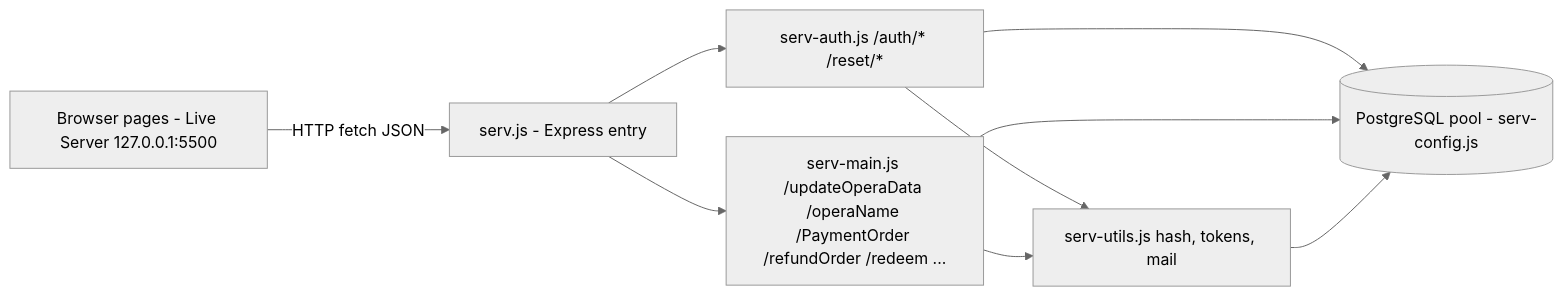
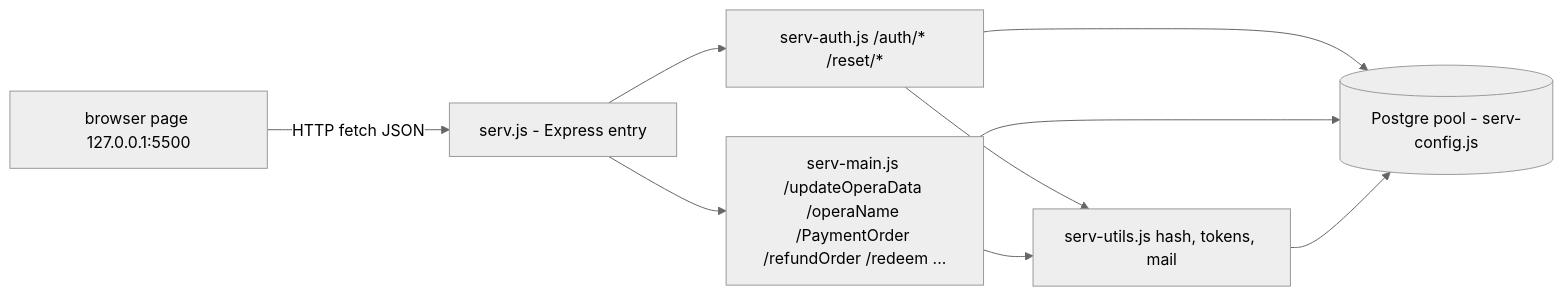
Before and after one commit to Azusalina/sba-proj: the first of 21 diagrams in descriptions/a.md, drawn with Mermaid (neutral theme). The commit also changed other lines of this file, not shown here.

````diff
--- a/descriptions/a.md
+++ b/descriptions/a.md
@@ -43,11 +39,11 @@
 ```mermaid
 flowchart LR
-    B[Browser pages - Live Server 127.0.0.1:5500] -->|HTTP fetch JSON| S[serv.js - Express entry]
+    B[browser page 127.0.0.1:5500] -->|HTTP fetch JSON| S[serv.js - Express entry]
     S --> AU[serv-auth.js /auth/* /reset/*]
     S --> MN[serv-main.js /updateOperaData /operaName /PaymentOrder /refundOrder /redeem ...]
     AU --> UT[serv-utils.js hash, tokens, mail]
     MN --> UT
-    AU --> DB[(PostgreSQL pool - serv-config.js)]
+    AU --> DB[(Postgre pool - serv-config.js)]
     MN --> DB
     UT --> DB
 ```
````
